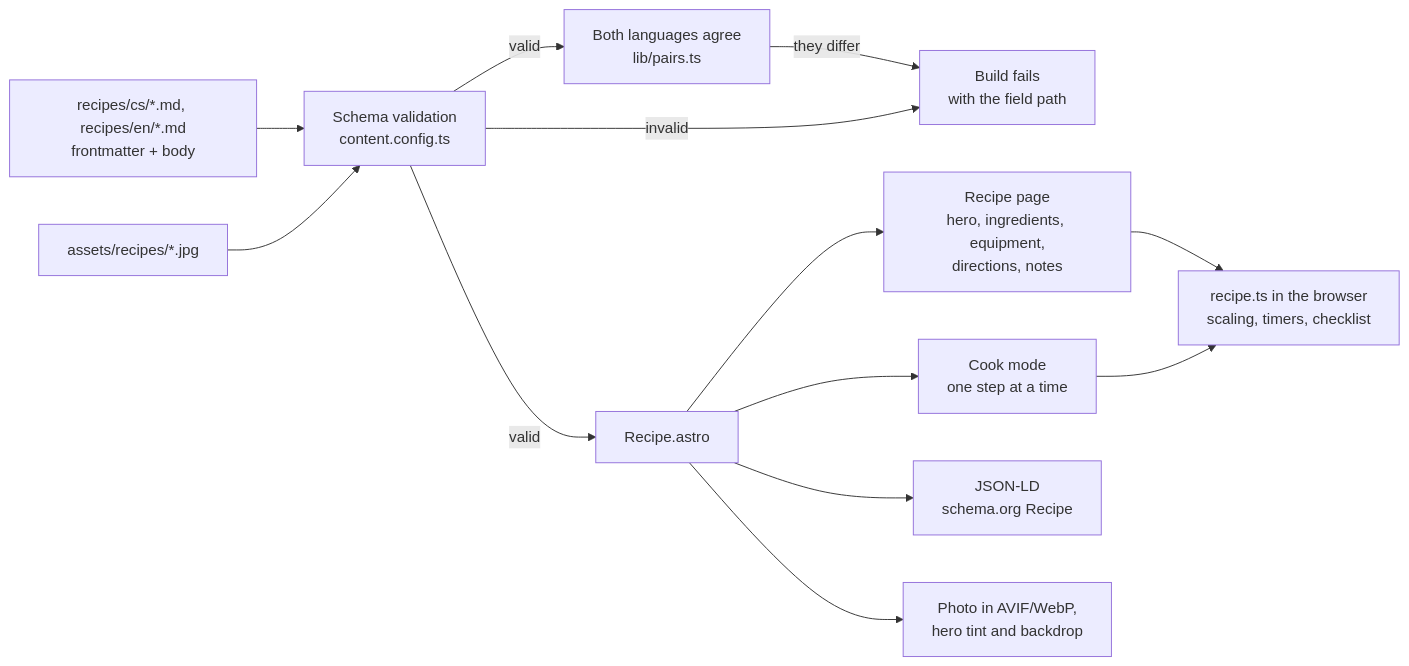
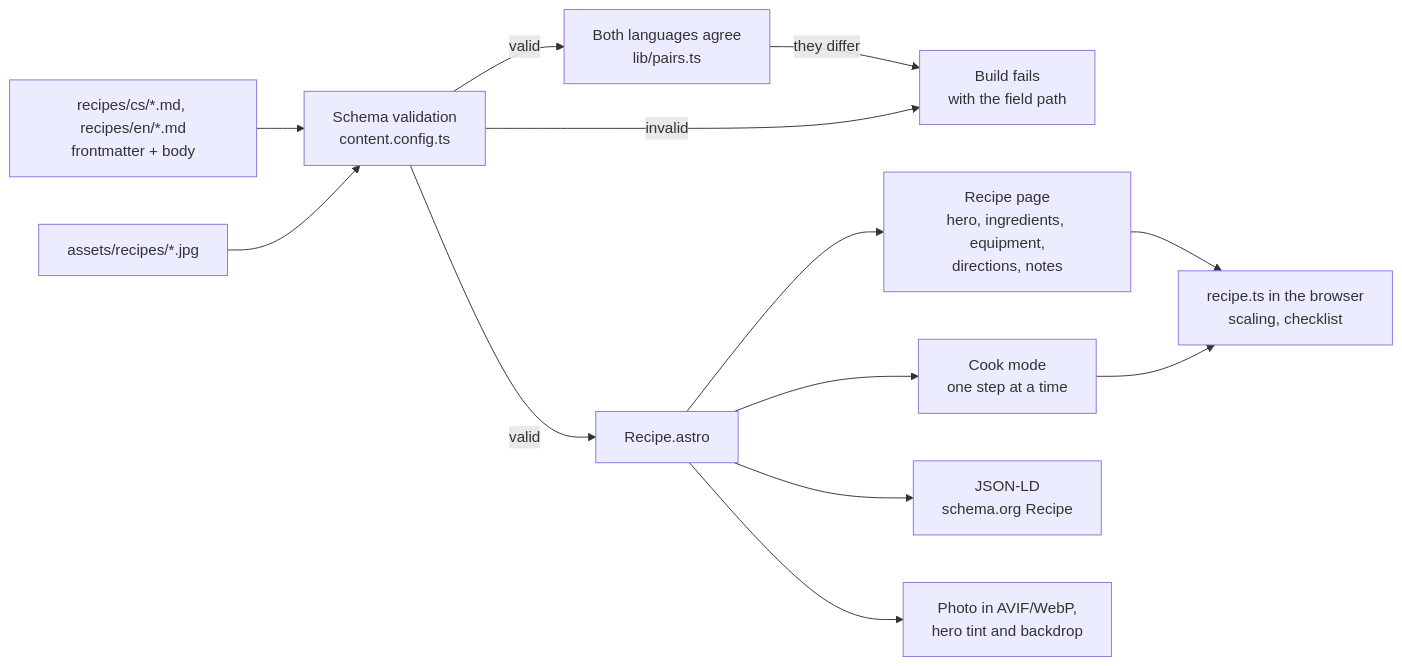
The first of 3 diagrams in docs/recipe-model.md (pschonfeld/soowee), drawn with Mermaid before and after one commit. The commit also changed other lines of this file and 39 other files, not shown here.

````diff
--- a/docs/recipe-model.md
+++ b/docs/recipe-model.md
@@ -27,15 +27,15 @@
 ```mermaid
 flowchart LR
   md["recipes/cs/*.md, recipes/en/*.md<br/>frontmatter + body"] --> schema["Schema validation<br/>content.config.ts"]
   schema -->|valid| pair["Both languages agree<br/>lib/pairs.ts"]
   pair -->|they differ| fail
   img["assets/recipes/*.jpg"] --> schema
   schema -->|invalid| fail["Build fails<br/>with the field path"]
   schema -->|valid| page["Recipe.astro"]
   page --> html["Recipe page<br/>hero, ingredients, equipment,<br/>directions, notes"]
   page --> cook["Cook mode<br/>one step at a time"]
   page --> ld["JSON-LD<br/>schema.org Recipe"]
   page --> pic["Photo in AVIF/WebP,<br/>hero tint and backdrop"]
-  html --> js["recipe.ts in the browser<br/>scaling, timers, checklist"]
+  html --> js["recipe.ts in the browser<br/>scaling, checklist"]
   cook --> js
 ```
````
